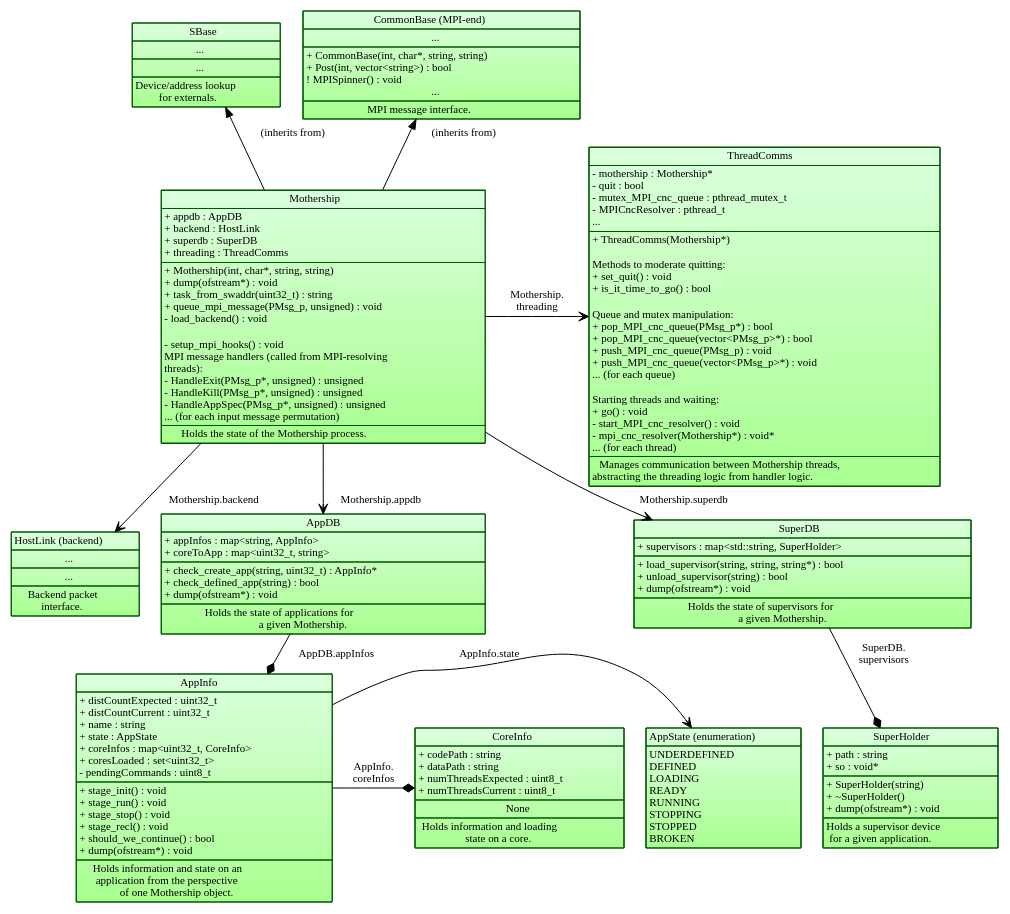
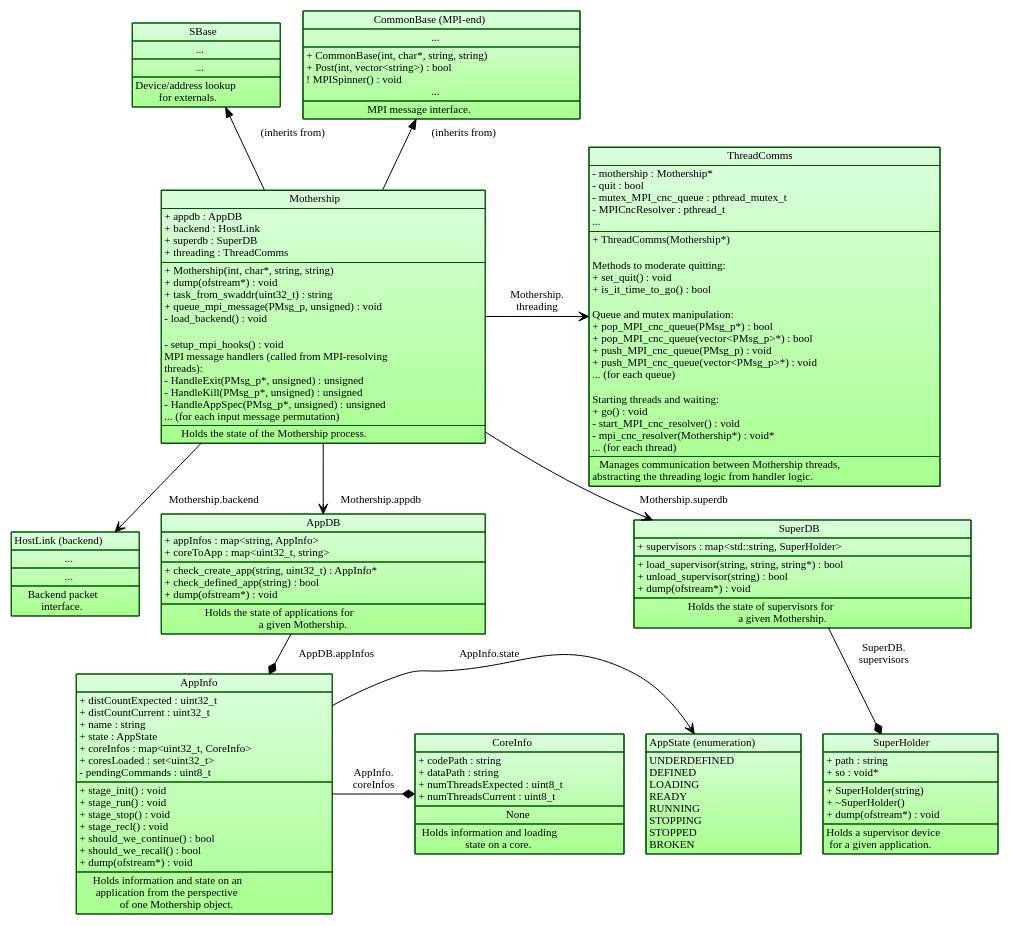
One commit to POETSII/orchestrator-documentation changed the diagram in images/source/mothership_data_structure.dot. Above: the diagram before and after it, drawn with Graphviz. The commit also changed 1 other file, not shown here.

```diff
--- a/images/source/mothership_data_structure.dot
+++ b/images/source/mothership_data_structure.dot
@@ -103,6 +103,7 @@
 + stage_stop() : void<BR ALIGN="LEFT"/>
 + stage_recl() : void<BR ALIGN="LEFT"/>
 + should_we_continue() : bool<BR ALIGN="LEFT"/>
++ should_we_recall() : bool<BR ALIGN="LEFT"/>
 + dump(ofstream*) : void<BR ALIGN="LEFT"/>
 </TD></TR>
 <TR><TD ALIGN="TEXT">
```
